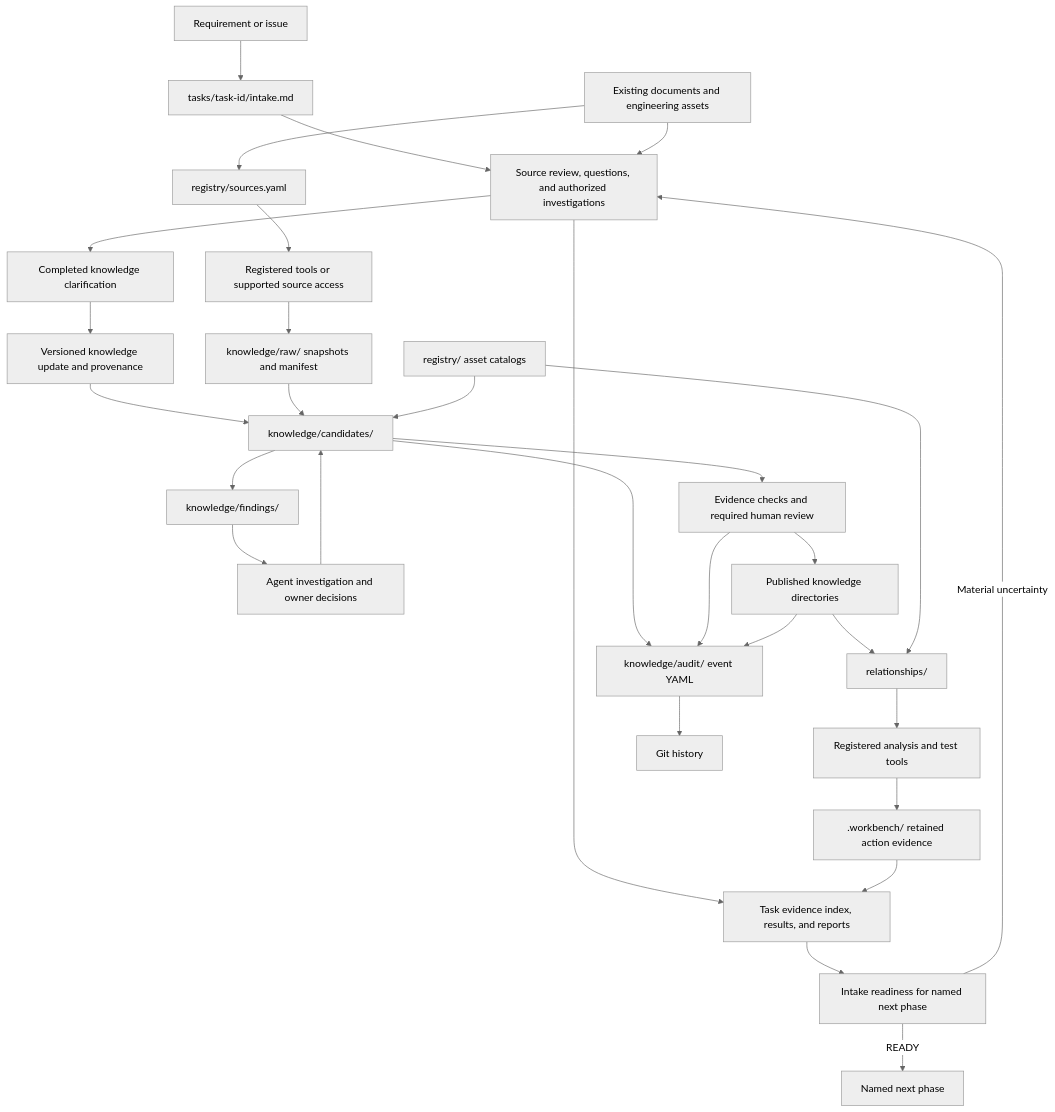
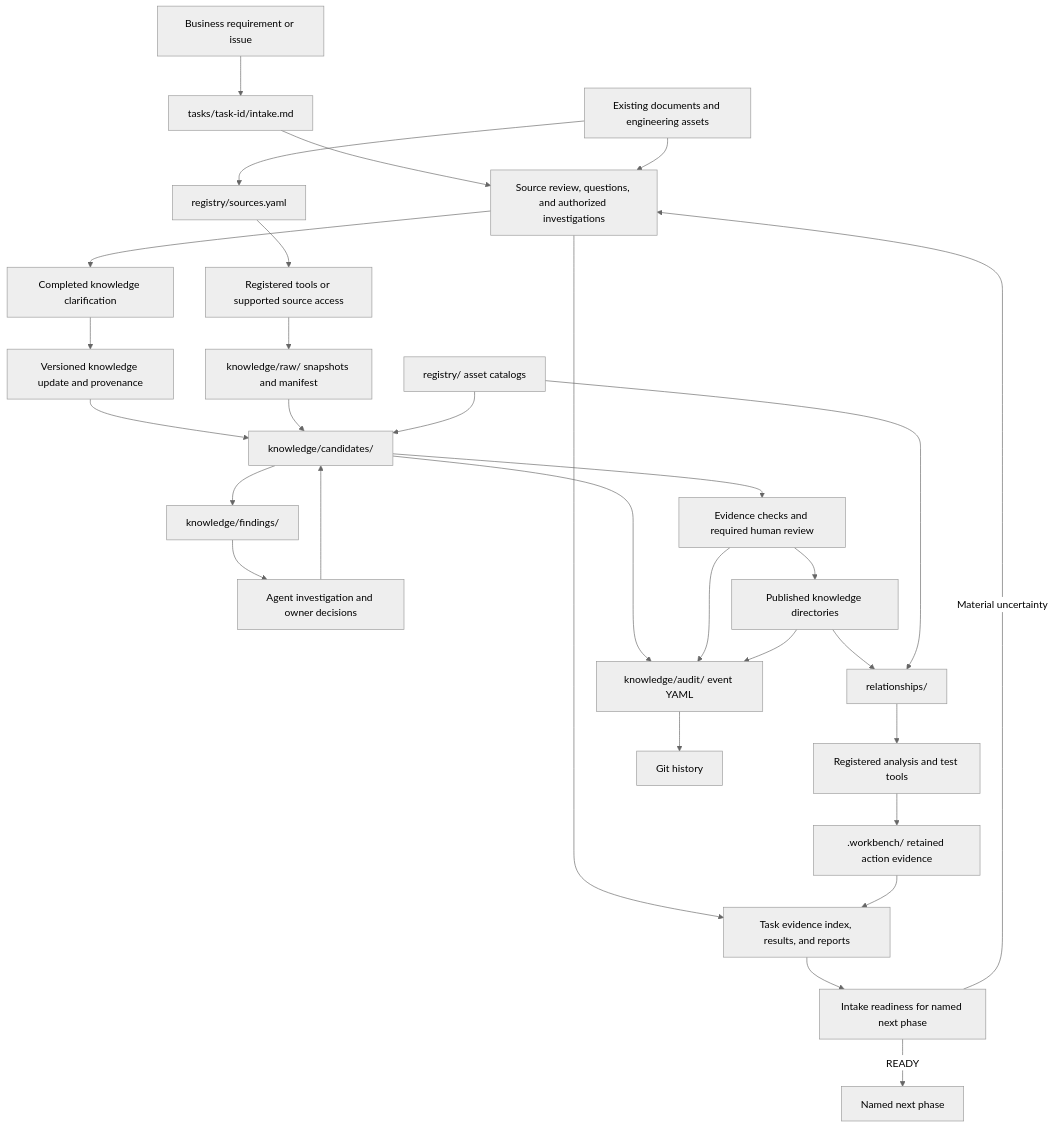
Before and after one commit to lushevol/sdlc-workbench: the first of 2 diagrams in docs/WORKSPACE_DESIGN.md, drawn with Mermaid (neutral theme). The commit also changed other lines of this file and 13 other files, not shown here.

Commit message:
docs: limit business intake tracking to existing system behavior

````diff
--- a/docs/WORKSPACE_DESIGN.md
+++ b/docs/WORKSPACE_DESIGN.md
@@ -241,32 +246,32 @@
 ```mermaid
 flowchart TD
-  Request[Requirement or issue] --> Intake[tasks/task-id/intake.md]
+  Request[Business requirement or issue] --> Intake[tasks/task-id/intake.md]
   Intake --> Collection[Source review, questions, and authorized investigations]
   Collection --> TaskEvidence[Task evidence index, results, and reports]
   Collection --> Clarification[Completed knowledge clarification]
   Clarification --> KnowledgeUpdate[Versioned knowledge update and provenance]
   KnowledgeUpdate --> Candidates
   TaskEvidence --> Readiness[Intake readiness for named next phase]
   Readiness -->|Material uncertainty| Collection
   Readiness -->|READY| Next[Named next phase]
   External[Existing documents and engineering assets] --> Sources[registry/sources.yaml]
   External --> Collection
   Sources --> Access[Registered tools or supported source access]
   Access --> Raw[knowledge/raw/ snapshots and manifest]
   Raw --> Candidates[knowledge/candidates/]
   Candidates --> Findings[knowledge/findings/]
   Findings --> Investigation[Agent investigation and owner decisions]
   Investigation --> Candidates
   Candidates --> Review[Evidence checks and required human review]
   Review --> Published[Published knowledge directories]
   Published --> Relationships[relationships/]
   Relationships --> Execution[Registered analysis and test tools]
   Execution --> Evidence[.workbench/ retained action evidence]
   Evidence --> TaskEvidence
   Candidates --> Audit[knowledge/audit/ event YAML]
   Review --> Audit
   Published --> Audit
   Audit --> History[Git history]
   Registry[registry/ asset catalogs] --> Candidates
   Registry --> Relationships
 ```
````
